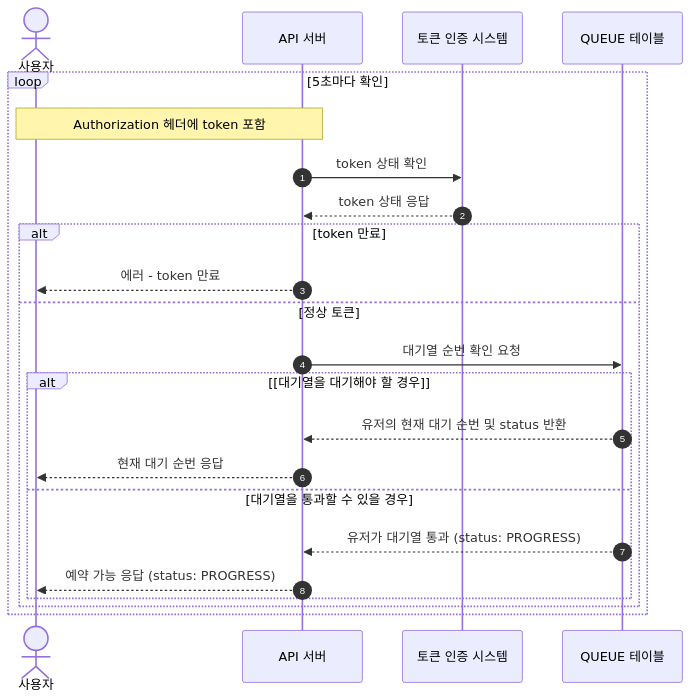
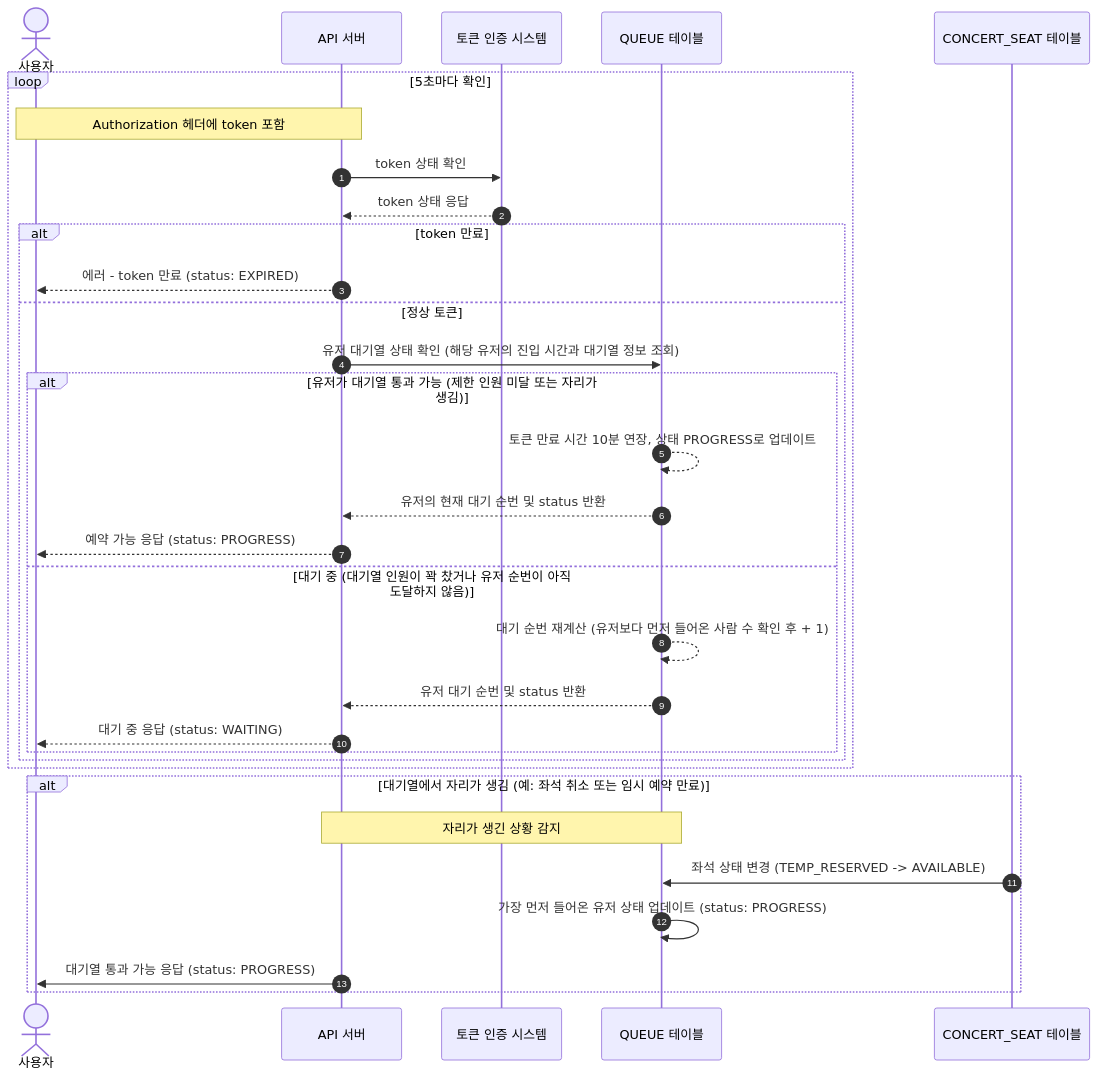
The second of 8 diagrams in docs/sequence.md (Cheondongmin/concert-java), drawn with Mermaid before and after one commit. The commit also changed other lines of this file and 2 other files, not shown here.

````diff
--- a/docs/sequence.md
+++ b/docs/sequence.md
@@ -29,25 +29,37 @@
 ```mermaid
 sequenceDiagram
     autonumber
     actor user as 사용자
     participant API as API 서버
     participant AUTH as 토큰 인증 시스템
     participant QUEUE as QUEUE 테이블
+    participant SEAT as CONCERT_SEAT 테이블
+
     loop 5초마다 확인
         Note over user, API: Authorization 헤더에 token 포함
         API ->> AUTH: token 상태 확인
         AUTH -->> API: token 상태 응답
         alt token 만료
-            API -->> user: 에러 - token 만료
+            API -->> user: 에러 - token 만료 (status: EXPIRED)
         else 정상 토큰
-            API ->> QUEUE: 대기열 순번 확인 요청
-            alt [대기열을 대기해야 할 경우]
+            API ->> QUEUE: 유저 대기열 상태 확인 (해당 유저의 진입 시간과 대기열 정보 조회)
+            alt 유저가 대기열 통과 가능 (제한 인원 미달 또는 자리가 생김)
+                QUEUE -->> QUEUE: 토큰 만료 시간 10분 연장, 상태 PROGRESS로 업데이트
                 QUEUE -->> API: 유저의 현재 대기 순번 및 status 반환
-                API -->> user: 현재 대기 순번 응답
-            else 대기열을 통과할 수 있을 경우
-                QUEUE -->> API: 유저가 대기열 통과 (status: PROGRESS)
                 API -->> user: 예약 가능 응답 (status: PROGRESS)
+            else 대기 중 (대기열 인원이 꽉 찼거나 유저 순번이 아직 도달하지 않음)
+                QUEUE -->> QUEUE: 대기 순번 재계산 (유저보다 먼저 들어온 사람 수 확인 후 + 1)
+                QUEUE -->> API: 유저 대기 순번 및 status 반환
+                API -->> user: 대기 중 응답 (status: WAITING)
             end
         end
     end
+
+    alt 대기열에서 자리가 생김 (예: 좌석 취소 또는 임시 예약 만료)
+        Note over API, QUEUE: 자리가 생긴 상황 감지
+        SEAT ->> QUEUE: 좌석 상태 변경 (TEMP_RESERVED -> AVAILABLE)
+        QUEUE ->> QUEUE: 가장 먼저 들어온 유저 상태 업데이트 (status: PROGRESS)
+        API ->> user: 대기열 통과 가능 응답 (status: PROGRESS)
+    end
+
 ```
````
